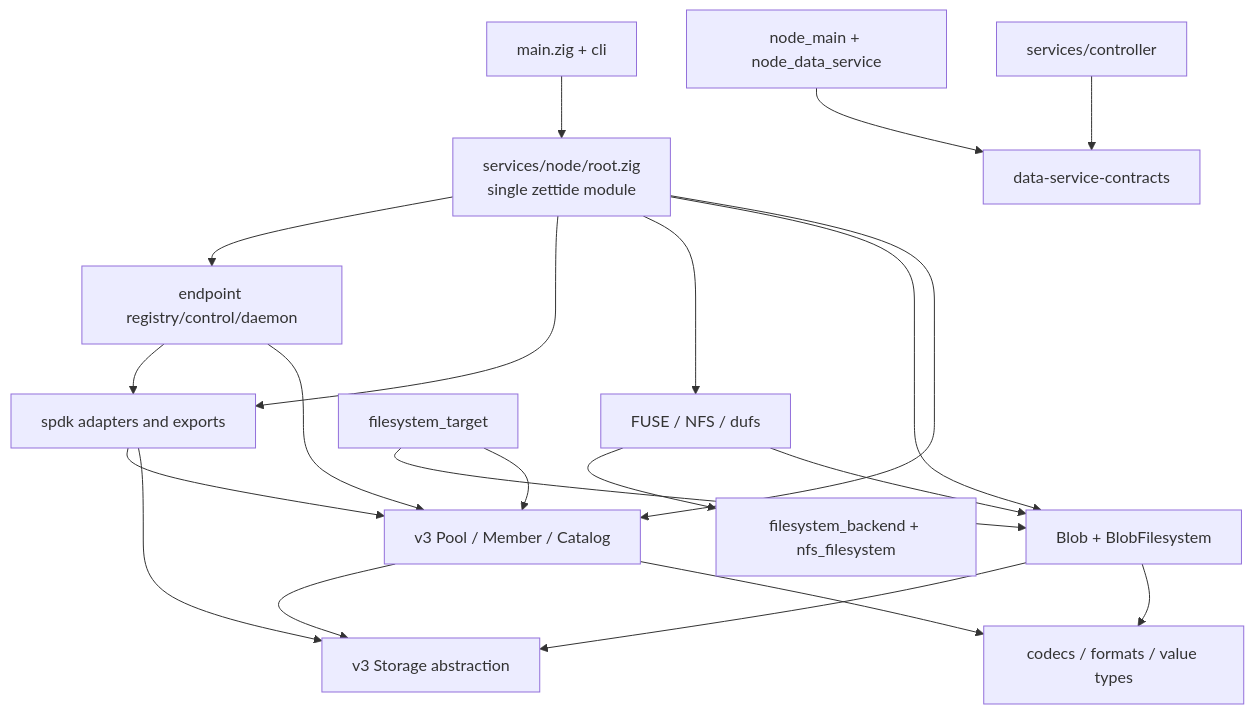
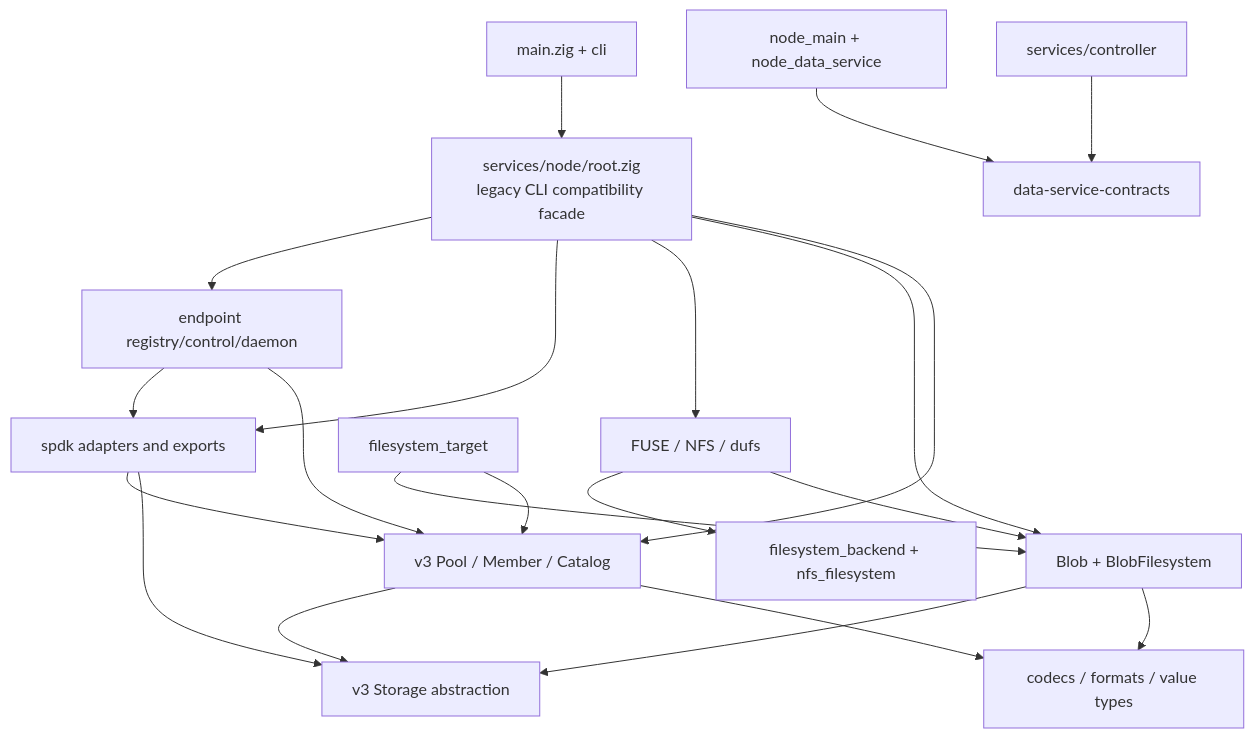
One commit to fanyang89/zettide changed the first of 2 diagrams in docs/architecture/zh-CN/component-dependencies.md. Above: the diagram before and after it, drawn with Mermaid. The commit also changed other lines of this file and 44 other files, not shown here.

Commit message:
docs: freeze storage architecture baseline

````diff
--- a/docs/architecture/zh-CN/component-dependencies.md
+++ b/docs/architecture/zh-CN/component-dependencies.md
@@ -92,38 +91,38 @@
 ```mermaid
 flowchart TD
-    ROOT[services/node/root.zig<br/>single zettide module]
+    ROOT[services/node/root.zig<br/>legacy CLI compatibility facade]
     CLI[main.zig + cli]
     NODE[node_main + node_data_service]
     ENDPOINT[endpoint registry/control/daemon]
     SPDK[spdk adapters and exports]
     FRONTEND[FUSE / NFS / dufs]
     FSPORT[filesystem_backend + nfs_filesystem]
     FSTARGET[filesystem_target]
     BLOB[Blob + BlobFilesystem]
     POOL[v3 Pool / Member / Catalog]
     STORAGE[v3 Storage abstraction]
     FORMAT[codecs / formats / value types]
     CONTRACTS[data-service-contracts]
     CONTROLLER[services/controller]
 
     CLI --> ROOT
     ROOT --> ENDPOINT
     ROOT --> SPDK
     ROOT --> FRONTEND
     ROOT --> BLOB
     ROOT --> POOL
     NODE --> CONTRACTS
     CONTROLLER --> CONTRACTS
     ENDPOINT --> SPDK
     ENDPOINT --> POOL
     SPDK --> POOL
     SPDK --> STORAGE
     FRONTEND --> FSPORT
     FRONTEND --> BLOB
     FSTARGET --> BLOB
     FSTARGET --> POOL
     BLOB --> STORAGE
     BLOB --> FORMAT
     POOL --> STORAGE
     POOL --> FORMAT
 ```
````
